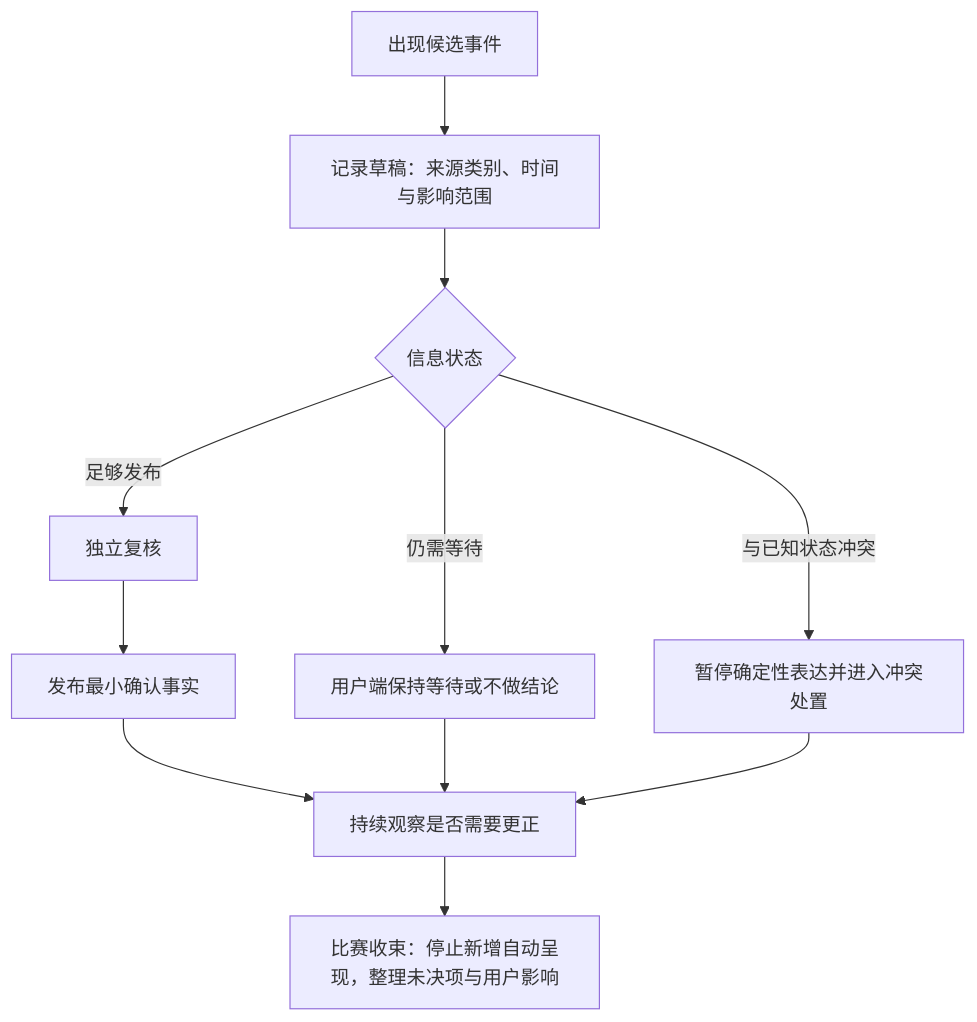
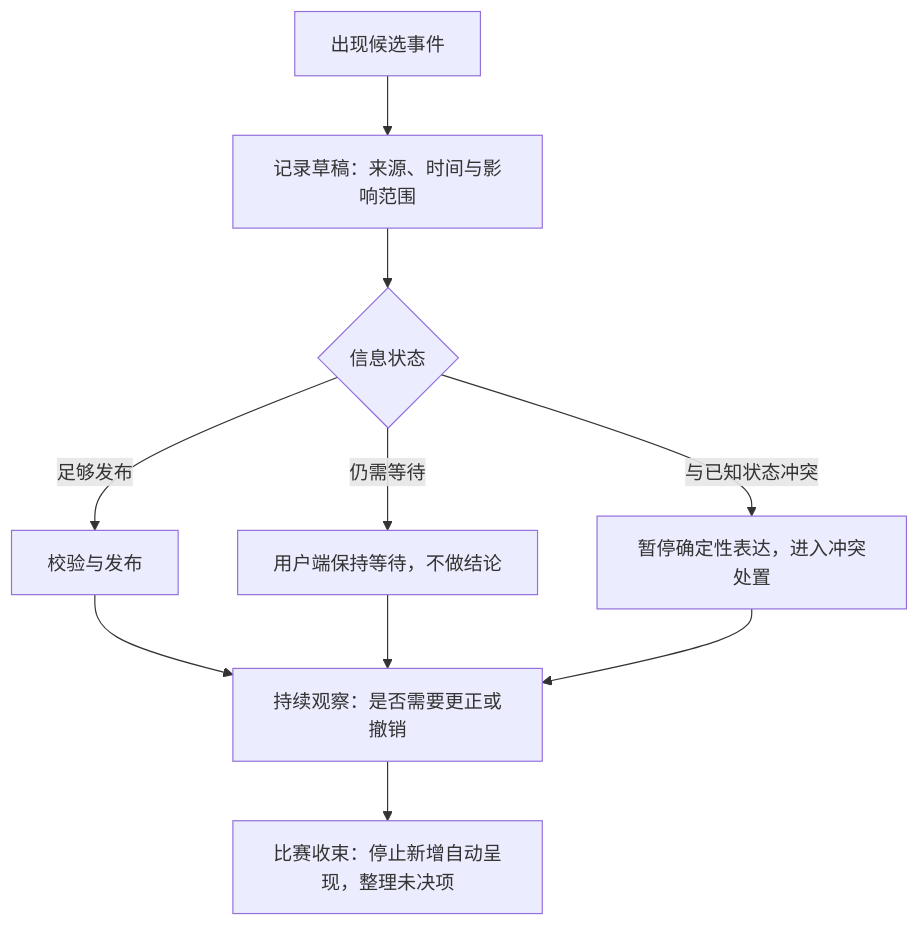
One commit to weiz98417-crypto/qiuqiu changed the first of 2 diagrams in docs/球球全套资料/4.产品设计/39-实战导演台与运营配置设计.md. Above: the diagram before and after it, drawn with Mermaid. The commit also changed other lines of this file and 49 other files, not shown here.

````diff
--- a/docs/球球全套资料/4.产品设计/39-实战导演台与运营配置设计.md
+++ b/docs/球球全套资料/4.产品设计/39-实战导演台与运营配置设计.md
@@ -172,13 +59,12 @@
 ```mermaid
 flowchart TD
-    A[出现候选事件] --> B[记录草稿：来源类别、时间与影响范围]
+    A[出现候选事件] --> B[记录草稿：来源、时间与影响范围]
     B --> C{信息状态}
-    C -->|足够发布| D[独立复核]
-    D --> E[发布最小确认事实]
-    C -->|仍需等待| F[用户端保持等待或不做结论]
-    C -->|与已知状态冲突| G[暂停确定性表达并进入冲突处置]
-    E --> H[持续观察是否需要更正]
-    F --> H
-    G --> H
-    H --> I[比赛收束：停止新增自动呈现，整理未决项与用户影响]
+    C -->|足够发布| D[校验与发布]
+    C -->|仍需等待| E[用户端保持等待，不做结论]
+    C -->|与已知状态冲突| F[暂停确定性表达，进入冲突处置]
+    D --> G[持续观察：是否需要更正或撤销]
+    E --> G
+    F --> G
+    G --> H[比赛收束：停止新增自动呈现，整理未决项]
 ```
````
